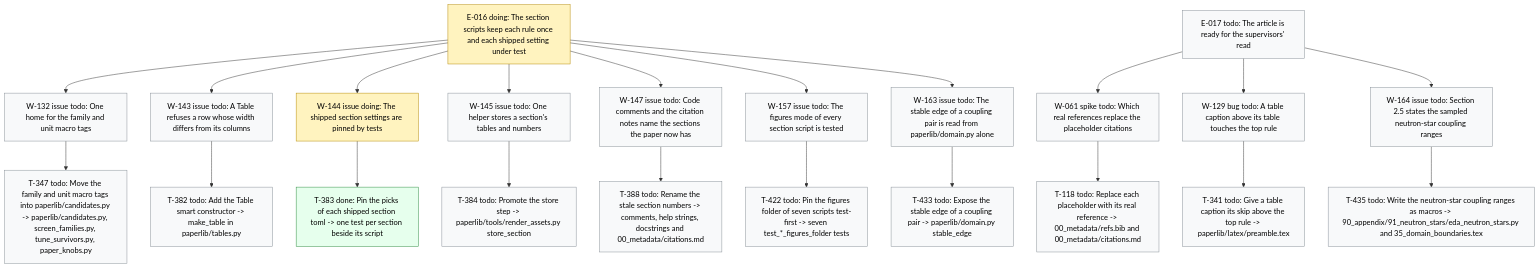
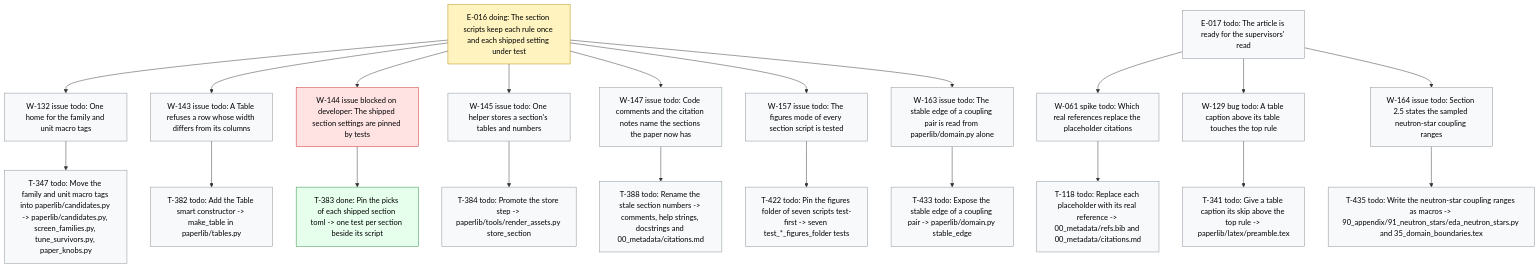
Before and after one commit to dpopchev/surrogate-models: the diagram in .board/BOARD.md, drawn with Mermaid. The commit also changed other lines of this file and 1 other file, not shown here.

Commit message:
chore(board): block W-144 -- the push of main was rejected
Refs: W-144

````diff
--- a/.board/BOARD.md
+++ b/.board/BOARD.md
@@ -1031,33 +1031,34 @@
 ```mermaid
 flowchart TD
   E016["E-016 doing: The section scripts keep each rule once and each shipped setting under test"]
   E016 --> W132["W-132 issue todo: One home for the family and unit macro tags"]
   W132 --> T347["T-347 todo: Move the family and unit macro tags into paperlib/candidates.py -> paperlib/candidates.py, screen_families.py, tune_survivors.py, paper_knobs.py"]
   E016 --> W143["W-143 issue todo: A Table refuses a row whose width differs from its columns"]
   W143 --> T382["T-382 todo: Add the Table smart constructor -> make_table in paperlib/tables.py"]
-  E016 --> W144["W-144 issue doing: The shipped section settings are pinned by tests"]
+  E016 --> W144["W-144 issue blocked on developer: The shipped section settings are pinned by tests"]
   W144 --> T383["T-383 done: Pin the picks of each shipped section toml -> one test per section beside its script"]
   E016 --> W145["W-145 issue todo: One helper stores a section's tables and numbers"]
   W145 --> T384["T-384 todo: Promote the store step -> paperlib/tools/render_assets.py store_section"]
   E016 --> W147["W-147 issue todo: Code comments and the citation notes name the sections the paper now has"]
   W147 --> T388["T-388 todo: Rename the stale section numbers -> comments, help strings, docstrings and 00_metadata/citations.md"]
   E016 --> W157["W-157 issue todo: The figures mode of every section script is tested"]
   W157 --> T422["T-422 todo: Pin the figures folder of seven scripts test-first -> seven test_*_figures_folder tests"]
   E016 --> W163["W-163 issue todo: The stable edge of a coupling pair is read from paperlib/domain.py alone"]
   W163 --> T433["T-433 todo: Expose the stable edge of a coupling pair -> paperlib/domain.py stable_edge"]
   E017["E-017 todo: The article is ready for the supervisors' read"]
   E017 --> W061["W-061 spike todo: Which real references replace the placeholder citations"]
   W061 --> T118["T-118 todo: Replace each placeholder with its real reference -> 00_metadata/refs.bib and 00_metadata/citations.md"]
   E017 --> W129["W-129 bug todo: A table caption above its table touches the top rule"]
   W129 --> T341["T-341 todo: Give a table caption its skip above the top rule -> paperlib/latex/preamble.tex"]
   E017 --> W164["W-164 issue todo: Section 2.5 states the sampled neutron-star coupling ranges"]
   W164 --> T435["T-435 todo: Write the neutron-star coupling ranges as macros -> 90_appendix/91_neutron_stars/eda_neutron_stars.py and 35_domain_boundaries.tex"]
   classDef doing fill:#fff3bf,stroke:#b58900,color:#000;
   classDef blocked fill:#ffe3e3,stroke:#c92a2a,color:#000;
   classDef done fill:#e6ffed,stroke:#2b8a3e,color:#000;
   classDef todo fill:#f8f9fa,stroke:#868e96,color:#000;
   classDef pruned fill:#f1f3f5,stroke:#adb5bd,color:#000;
-  class E016,W144 doing
+  class E016 doing
+  class W144 blocked
   class T383 done
   class W132,T347,W143,T382,W145,T384,W147,T388,W157,T422,W163,T433,E017,W061,T118,W129,T341,W164,T435 todo
 ```
````
